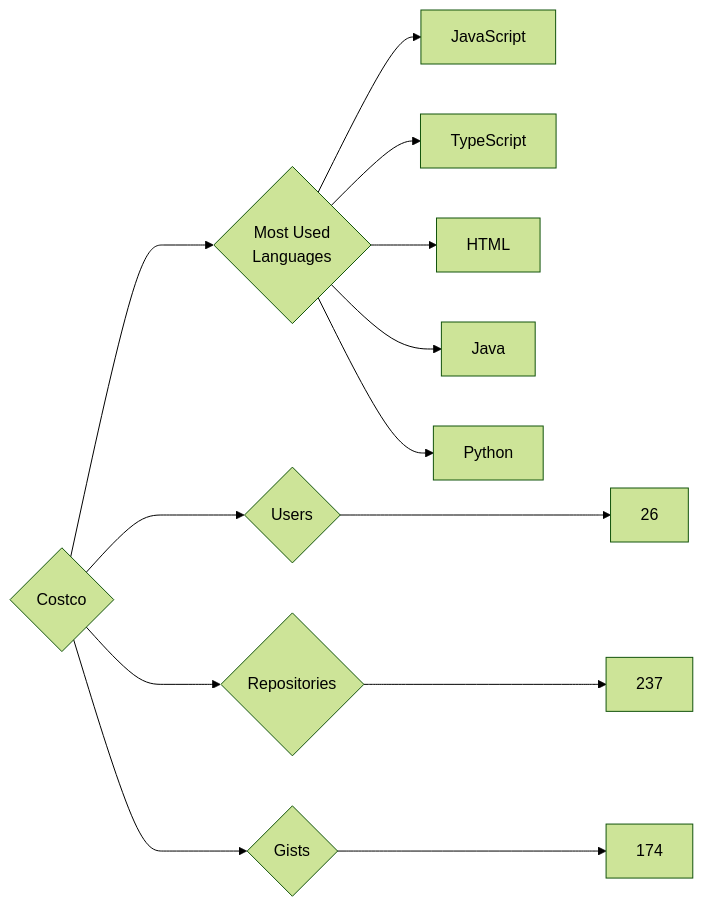
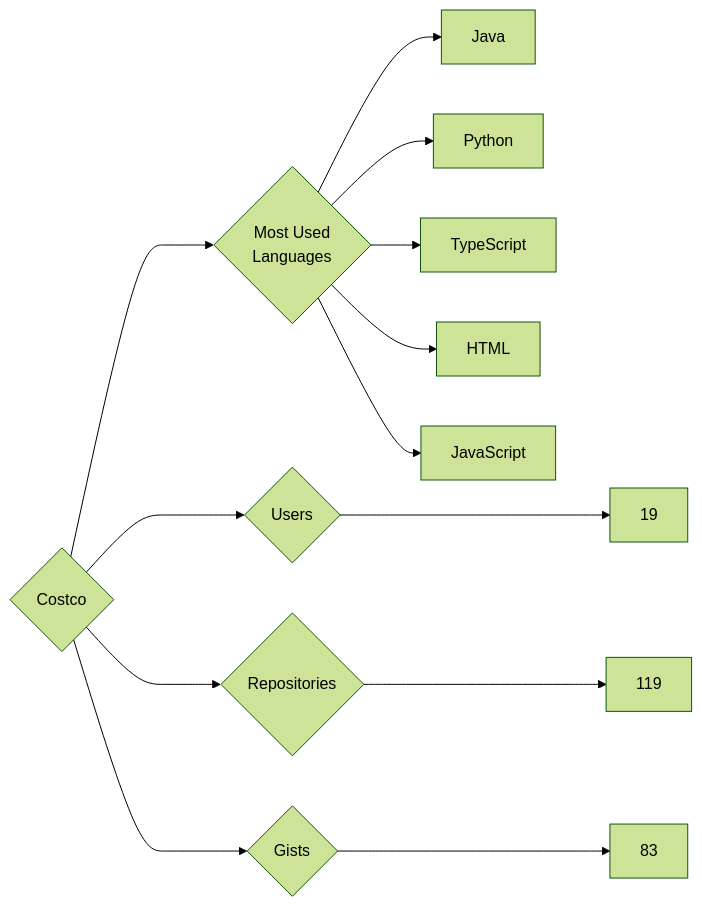
Before and after one commit to trickest/insiders: the diagram in targets/Costco/README.md, drawn with Mermaid (forest theme). The commit also changed 772 other files, not shown here.

````diff
--- a/targets/Costco/README.md
+++ b/targets/Costco/README.md
@@ -3,13 +3,13 @@
 ```mermaid
 graph LR
 COMPANY_NAME{Costco}
-COMPANY_NAME ---> U{Users} ---> UN[26]
-COMPANY_NAME ---> R{Repositories} ---> RN[237]
-COMPANY_NAME ---> G{Gists} ---> GN[174]
+COMPANY_NAME ---> U{Users} ---> UN[19]
+COMPANY_NAME ---> R{Repositories} ---> RN[119]
+COMPANY_NAME ---> G{Gists} ---> GN[83]
 COMPANY_NAME ---> ML{Most Used<br>Languages}
-ML --> JavaScript[JavaScript]
+ML --> Java[Java]
+ML --> Python[Python]
 ML --> TypeScript[TypeScript]
 ML --> HTML[HTML]
-ML --> Java[Java]
-ML --> Python[Python]
+ML --> JavaScript[JavaScript]
 ```
````
